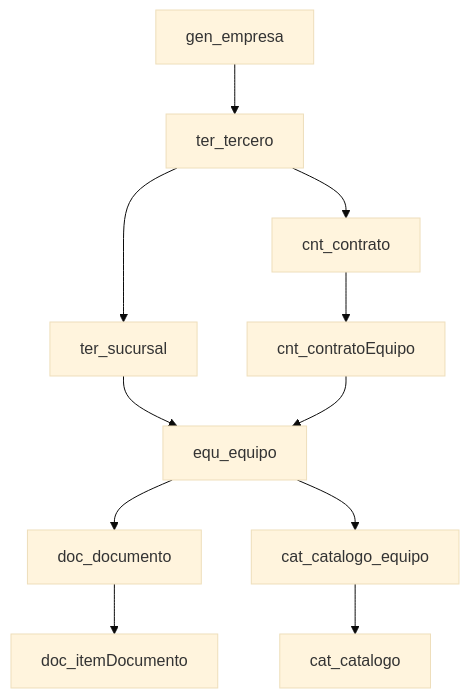
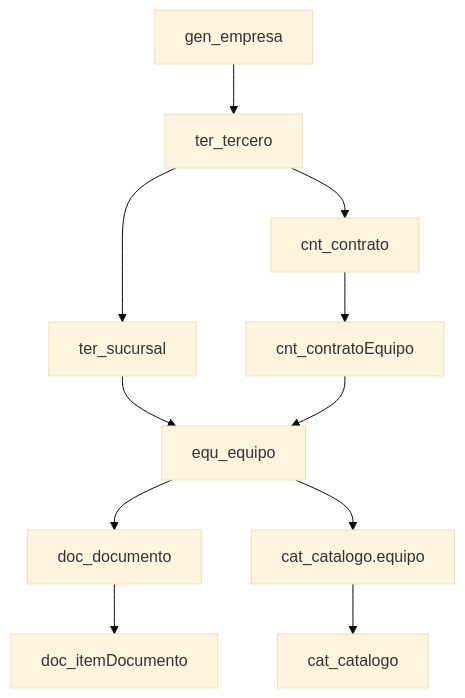
One commit to softwaresamm/IDAE.Docs changed the diagram in docs/sammnew/database/index.md. Above: the diagram before and after it, drawn with Mermaid (base theme). The commit also changed other lines of this file, not shown here.

````diff
--- a/docs/sammnew/database/index.md
+++ b/docs/sammnew/database/index.md
@@ -224,13 +299,13 @@
 ```mermaid
 graph TD
     A[gen_empresa] --> B[ter_tercero]
     B --> C[ter_sucursal]
     C --> D[equ_equipo]
     D --> E[doc_documento]
     E --> F[doc_itemDocumento]
     B --> G[cnt_contrato]
     G --> H[cnt_contratoEquipo]
     H --> D
-    D --> I[cat_catalogo_equipo]
+    D --> I[cat_catalogo.equipo]
     I --> J[cat_catalogo]
 ```
````
